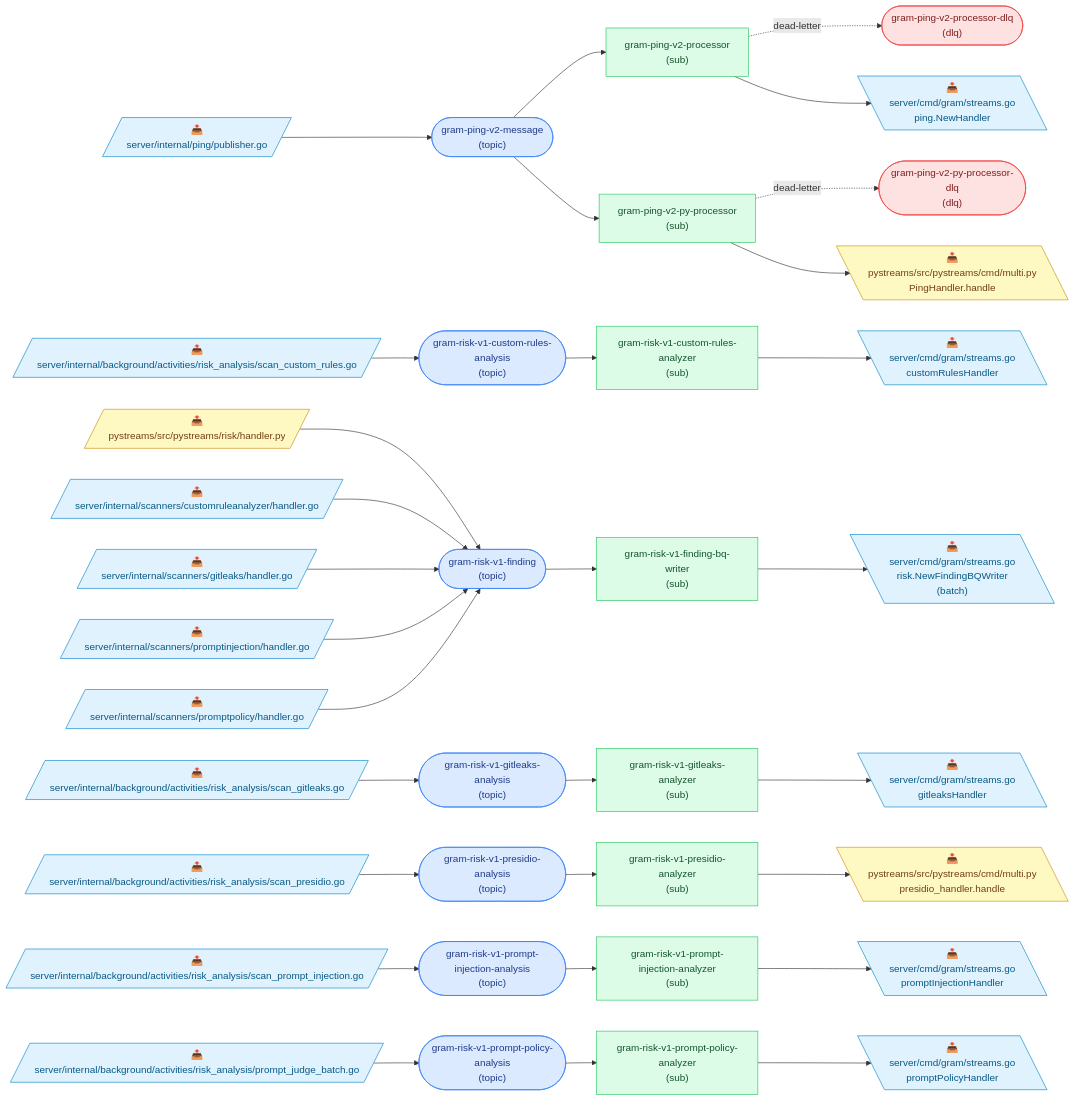
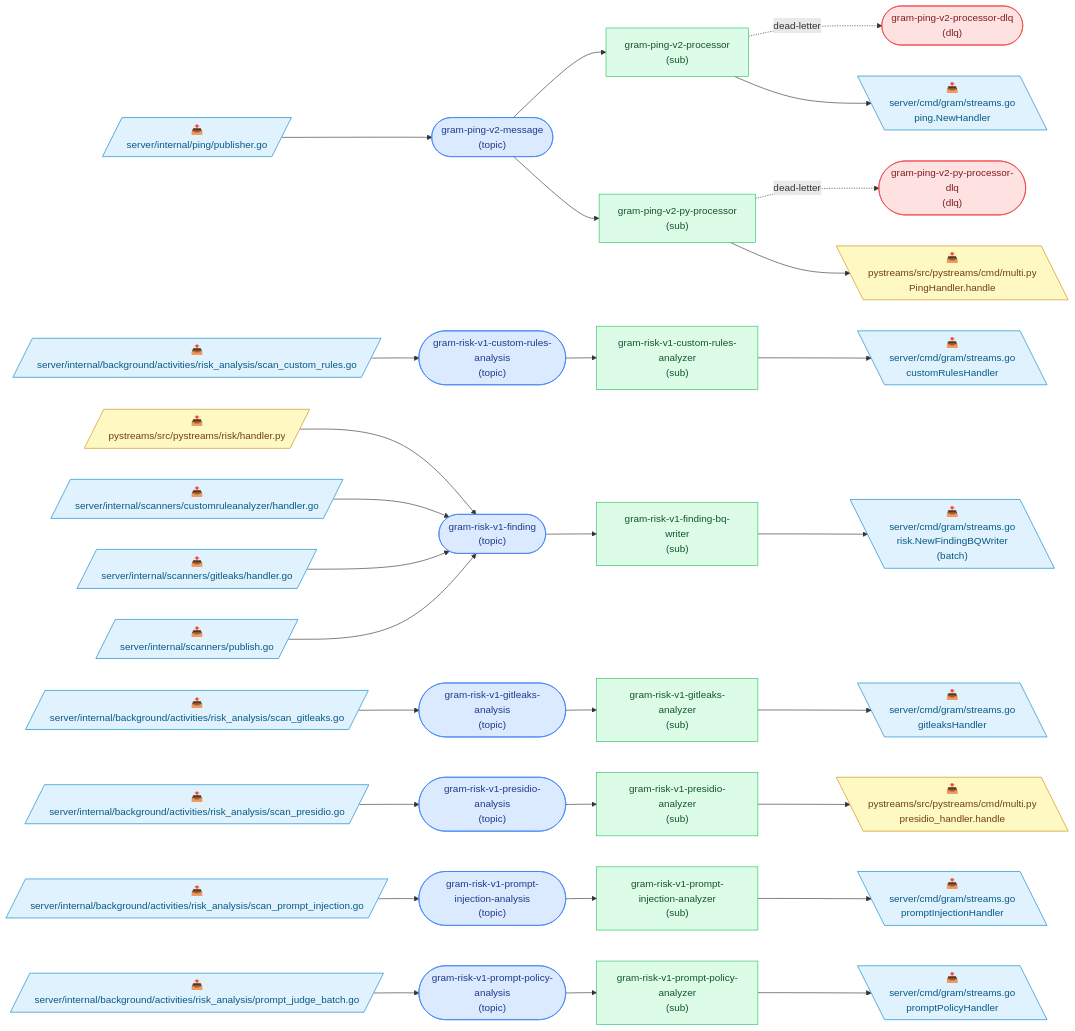
Before and after one commit to speakeasy-api/gram: the diagram in docs/pubsub-topology.md, drawn with Mermaid. The commit also changed other lines of this file and 17 other files, not shown here.

````diff
--- a/docs/pubsub-topology.md
+++ b/docs/pubsub-topology.md
@@ -9,76 +9,74 @@
 ```mermaid
 flowchart LR
   classDef topic fill:#dbeafe,stroke:#3b82f6,color:#1e3a8a;
   classDef dlq fill:#fee2e2,stroke:#ef4444,color:#7f1d1d;
   classDef sub fill:#dcfce7,stroke:#22c55e,color:#14532d;
   classDef go fill:#e0f2fe,stroke:#0284c7,color:#075985;
   classDef python fill:#fef9c3,stroke:#ca8a04,color:#713f12;
   classDef deprecated stroke-dasharray:4 3,opacity:0.55;
 
   t_gram_ping_v2_message(["gram-ping-v2-message<br/>(topic)"]):::topic
   t_gram_ping_v2_processor_dlq(["gram-ping-v2-processor-dlq<br/>(dlq)"]):::dlq
   t_gram_ping_v2_py_processor_dlq(["gram-ping-v2-py-processor-dlq<br/>(dlq)"]):::dlq
   t_gram_risk_v1_custom_rules_analysis(["gram-risk-v1-custom-rules-analysis<br/>(topic)"]):::topic
   t_gram_risk_v1_finding(["gram-risk-v1-finding<br/>(topic)"]):::topic
   t_gram_risk_v1_gitleaks_analysis(["gram-risk-v1-gitleaks-analysis<br/>(topic)"]):::topic
   t_gram_risk_v1_presidio_analysis(["gram-risk-v1-presidio-analysis<br/>(topic)"]):::topic
   t_gram_risk_v1_prompt_injection_analysis(["gram-risk-v1-prompt-injection-analysis<br/>(topic)"]):::topic
   t_gram_risk_v1_prompt_policy_analysis(["gram-risk-v1-prompt-policy-analysis<br/>(topic)"]):::topic
   s_gram_ping_v2_processor["gram-ping-v2-processor<br/>(sub)"]:::sub
   s_gram_ping_v2_py_processor["gram-ping-v2-py-processor<br/>(sub)"]:::sub
   s_gram_risk_v1_custom_rules_analyzer["gram-risk-v1-custom-rules-analyzer<br/>(sub)"]:::sub
   s_gram_risk_v1_finding_bq_writer["gram-risk-v1-finding-bq-writer<br/>(sub)"]:::sub
   s_gram_risk_v1_gitleaks_analyzer["gram-risk-v1-gitleaks-analyzer<br/>(sub)"]:::sub
   s_gram_risk_v1_presidio_analyzer["gram-risk-v1-presidio-analyzer<br/>(sub)"]:::sub
   s_gram_risk_v1_prompt_injection_analyzer["gram-risk-v1-prompt-injection-analyzer<br/>(sub)"]:::sub
   s_gram_risk_v1_prompt_policy_analyzer["gram-risk-v1-prompt-policy-analyzer<br/>(sub)"]:::sub
 
   p0[/"📤<br/>server/internal/ping/publisher.go"/]:::go
   p0 --> t_gram_ping_v2_message
   p1[/"📤<br/>server/internal/background/activities/risk_analysis/scan_custom_rules.go"/]:::go
   p1 --> t_gram_risk_v1_custom_rules_analysis
   p2[/"📤<br/>pystreams/src/pystreams/risk/handler.py"/]:::python
   p2 --> t_gram_risk_v1_finding
   p3[/"📤<br/>server/internal/scanners/customruleanalyzer/handler.go"/]:::go
   p3 --> t_gram_risk_v1_finding
   p4[/"📤<br/>server/internal/scanners/gitleaks/handler.go"/]:::go
   p4 --> t_gram_risk_v1_finding
-  p5[/"📤<br/>server/internal/scanners/promptinjection/handler.go"/]:::go
+  p5[/"📤<br/>server/internal/scanners/publish.go"/]:::go
   p5 --> t_gram_risk_v1_finding
-  p6[/"📤<br/>server/internal/scanners/promptpolicy/handler.go"/]:::go
-  p6 --> t_gram_risk_v1_finding
-  p7[/"📤<br/>server/internal/background/activities/risk_analysis/scan_gitleaks.go"/]:::go
-  p7 --> t_gram_risk_v1_gitleaks_analysis
-  p8[/"📤<br/>server/internal/background/activities/risk_analysis/scan_presidio.go"/]:::go
-  p8 --> t_gram_risk_v1_presidio_analysis
-  p9[/"📤<br/>server/internal/background/activities/risk_analysis/scan_prompt_injection.go"/]:::go
-  p9 --> t_gram_risk_v1_prompt_injection_analysis
-  p10[/"📤<br/>server/internal/background/activities/risk_analysis/prompt_judge_batch.go"/]:::go
-  p10 --> t_gram_risk_v1_prompt_policy_analysis
+  p6[/"📤<br/>server/internal/background/activities/risk_analysis/scan_gitleaks.go"/]:::go
+  p6 --> t_gram_risk_v1_gitleaks_analysis
+  p7[/"📤<br/>server/internal/background/activities/risk_analysis/scan_presidio.go"/]:::go
+  p7 --> t_gram_risk_v1_presidio_analysis
+  p8[/"📤<br/>server/internal/background/activities/risk_analysis/scan_prompt_injection.go"/]:::go
+  p8 --> t_gram_risk_v1_prompt_injection_analysis
+  p9[/"📤<br/>server/internal/background/activities/risk_analysis/prompt_judge_batch.go"/]:::go
+  p9 --> t_gram_risk_v1_prompt_policy_analysis
   t_gram_ping_v2_message --> s_gram_ping_v2_processor
   s_gram_ping_v2_processor -. dead-letter .-> t_gram_ping_v2_processor_dlq
   t_gram_ping_v2_message --> s_gram_ping_v2_py_processor
   s_gram_ping_v2_py_processor -. dead-letter .-> t_gram_ping_v2_py_processor_dlq
   t_gram_risk_v1_custom_rules_analysis --> s_gram_risk_v1_custom_rules_analyzer
   t_gram_risk_v1_finding --> s_gram_risk_v1_finding_bq_writer
   t_gram_risk_v1_gitleaks_analysis --> s_gram_risk_v1_gitleaks_analyzer
   t_gram_risk_v1_presidio_analysis --> s_gram_risk_v1_presidio_analyzer
   t_gram_risk_v1_prompt_injection_analysis --> s_gram_risk_v1_prompt_injection_analyzer
   t_gram_risk_v1_prompt_policy_analysis --> s_gram_risk_v1_prompt_policy_analyzer
-  c11[\"📥<br/>server/cmd/gram/streams.go<br/>ping.NewHandler"\]:::go
-  s_gram_ping_v2_processor --> c11
-  c12[\"📥<br/>pystreams/src/pystreams/cmd/multi.py<br/>PingHandler.handle"\]:::python
-  s_gram_ping_v2_py_processor --> c12
-  c13[\"📥<br/>server/cmd/gram/streams.go<br/>customRulesHandler"\]:::go
-  s_gram_risk_v1_custom_rules_analyzer --> c13
-  c14[\"📥<br/>server/cmd/gram/streams.go<br/>risk.NewFindingBQWriter<br/>(batch)"\]:::go
-  s_gram_risk_v1_finding_bq_writer --> c14
-  c15[\"📥<br/>server/cmd/gram/streams.go<br/>gitleaksHandler"\]:::go
-  s_gram_risk_v1_gitleaks_analyzer --> c15
-  c16[\"📥<br/>pystreams/src/pystreams/cmd/multi.py<br/>presidio_handler.handle"\]:::python
-  s_gram_risk_v1_presidio_analyzer --> c16
-  c17[\"📥<br/>server/cmd/gram/streams.go<br/>promptInjectionHandler"\]:::go
-  s_gram_risk_v1_prompt_injection_analyzer --> c17
-  c18[\"📥<br/>server/cmd/gram/streams.go<br/>promptPolicyHandler"\]:::go
-  s_gram_risk_v1_prompt_policy_analyzer --> c18
+  c10[\"📥<br/>server/cmd/gram/streams.go<br/>ping.NewHandler"\]:::go
+  s_gram_ping_v2_processor --> c10
+  c11[\"📥<br/>pystreams/src/pystreams/cmd/multi.py<br/>PingHandler.handle"\]:::python
+  s_gram_ping_v2_py_processor --> c11
+  c12[\"📥<br/>server/cmd/gram/streams.go<br/>customRulesHandler"\]:::go
+  s_gram_risk_v1_custom_rules_analyzer --> c12
+  c13[\"📥<br/>server/cmd/gram/streams.go<br/>risk.NewFindingBQWriter<br/>(batch)"\]:::go
+  s_gram_risk_v1_finding_bq_writer --> c13
+  c14[\"📥<br/>server/cmd/gram/streams.go<br/>gitleaksHandler"\]:::go
+  s_gram_risk_v1_gitleaks_analyzer --> c14
+  c15[\"📥<br/>pystreams/src/pystreams/cmd/multi.py<br/>presidio_handler.handle"\]:::python
+  s_gram_risk_v1_presidio_analyzer --> c15
+  c16[\"📥<br/>server/cmd/gram/streams.go<br/>promptInjectionHandler"\]:::go
+  s_gram_risk_v1_prompt_injection_analyzer --> c16
+  c17[\"📥<br/>server/cmd/gram/streams.go<br/>promptPolicyHandler"\]:::go
+  s_gram_risk_v1_prompt_policy_analyzer --> c17
 ```
````
